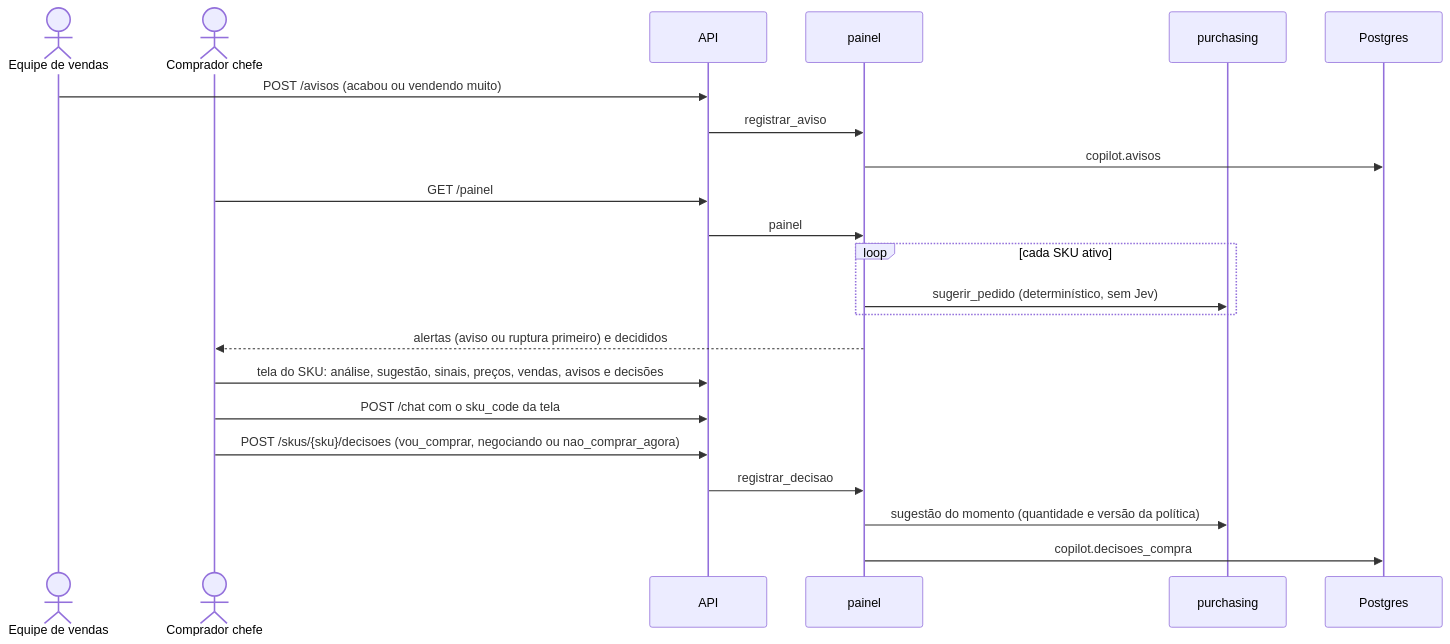
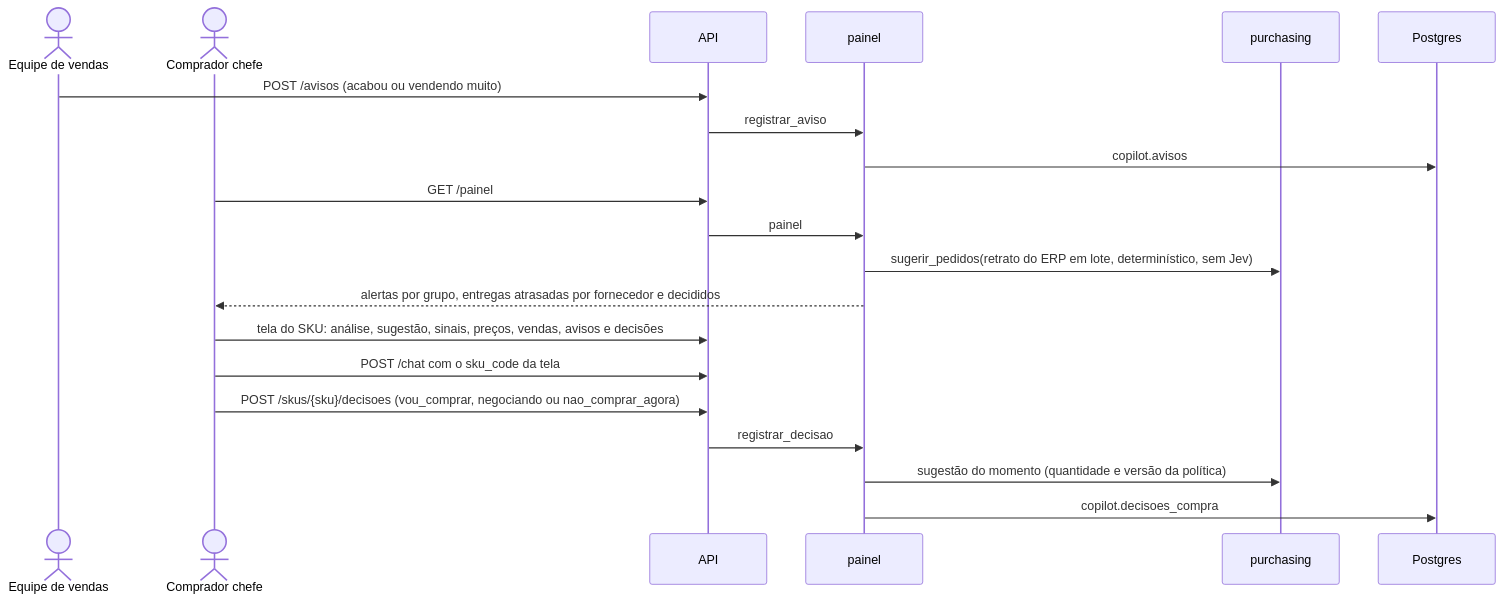
One commit to RodFerraz1/sistema-para-estoque changed the second of 3 diagrams in README.md. Above: the diagram before and after it, drawn with Mermaid. The commit also changed other lines of this file and 19 other files, not shown here.

````diff
--- a/README.md
+++ b/README.md
@@ -645,25 +688,23 @@
 ```mermaid
 sequenceDiagram
     actor V as Equipe de vendas
     actor C as Comprador chefe
     participant A as API
     participant M as painel
     participant U as purchasing
     participant P as Postgres
 
     V->>A: POST /avisos (acabou ou vendendo muito)
     A->>M: registrar_aviso
     M->>P: copilot.avisos
     C->>A: GET /painel
     A->>M: painel
-    loop cada SKU ativo
-        M->>U: sugerir_pedido (determinístico, sem Jev)
-    end
-    M-->>C: alertas (aviso ou ruptura primeiro) e decididos
+    M->>U: sugerir_pedidos(retrato do ERP em lote, determinístico, sem Jev)
+    M-->>C: alertas por grupo, entregas atrasadas por fornecedor e decididos
     C->>A: tela do SKU: análise, sugestão, sinais, preços, vendas, avisos e decisões
     C->>A: POST /chat com o sku_code da tela
     C->>A: POST /skus/{sku}/decisoes (vou_comprar, negociando ou nao_comprar_agora)
     A->>M: registrar_decisao
     M->>U: sugestão do momento (quantidade e versão da política)
     M->>P: copilot.decisoes_compra
 ```
````
